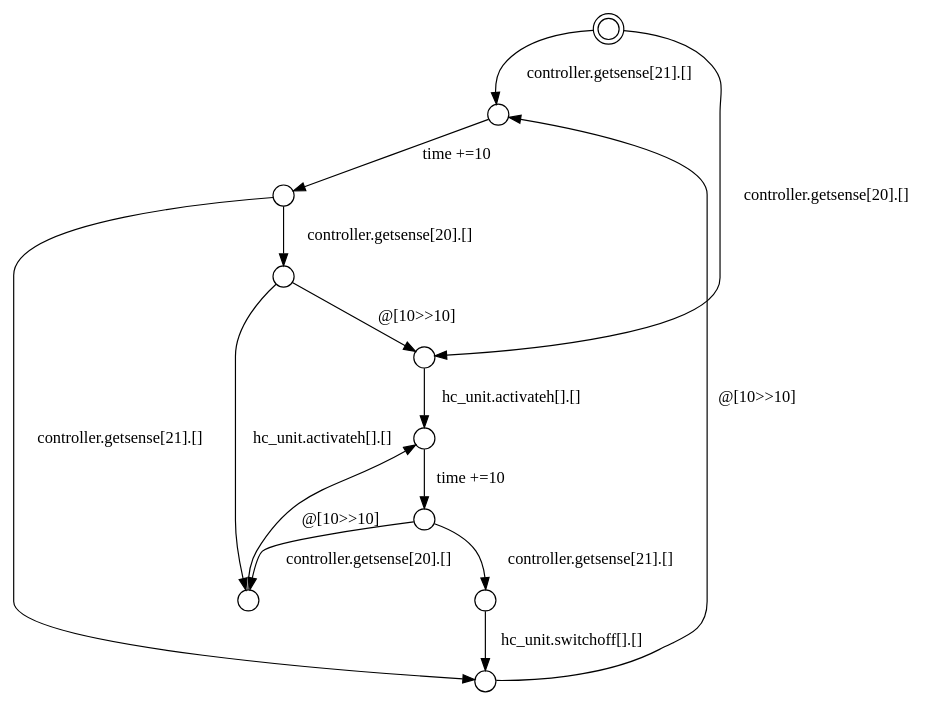
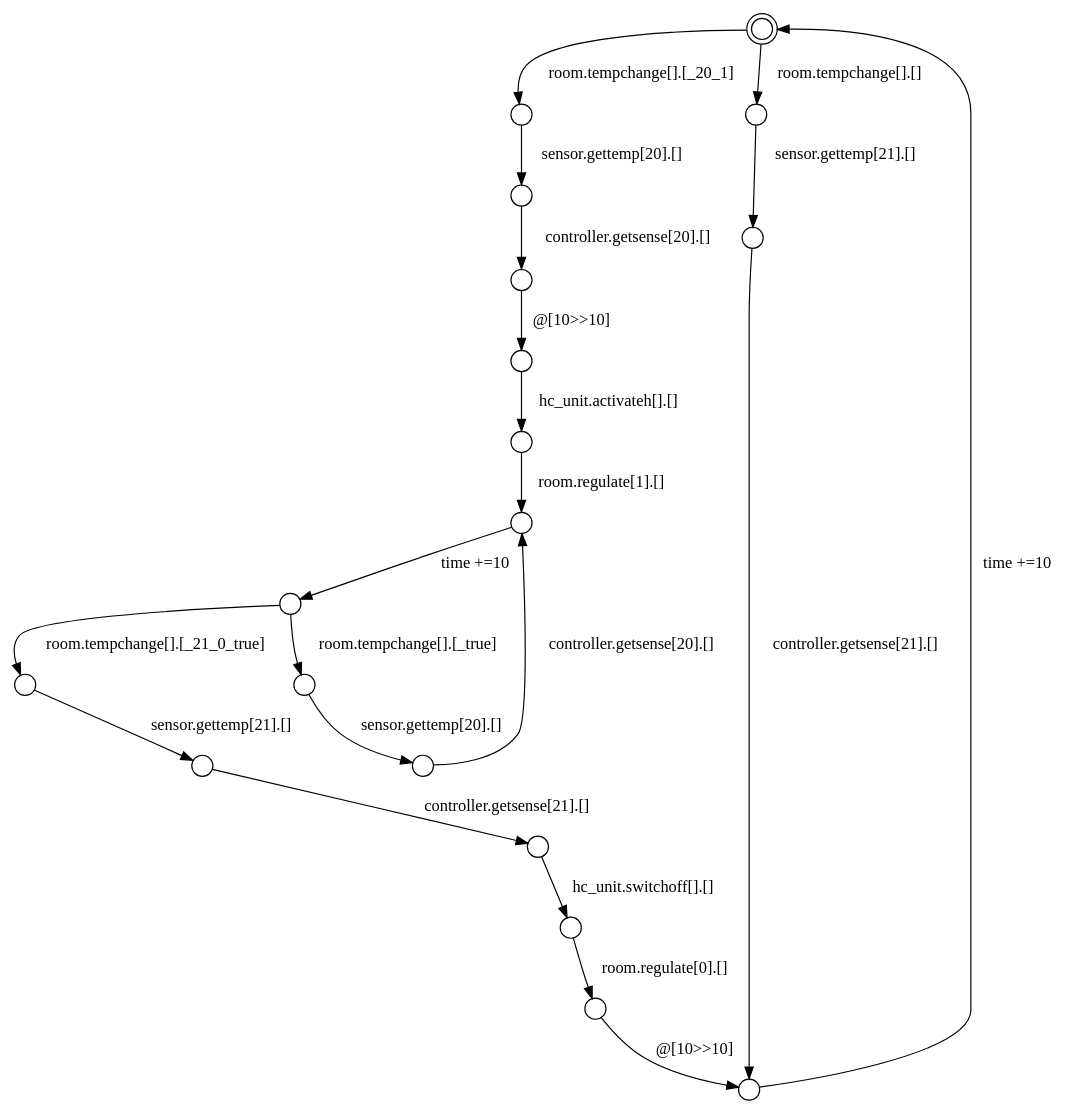
One commit to AliAtaollahi/Tinification changed the diagram in Automate/new.dot. Above: the diagram before and after it, drawn with Graphviz. The commit also changed 165 other files, not shown here.

```diff
--- a/Automate/new.dot
+++ b/Automate/new.dot
@@ -1,31 +1,45 @@
 digraph G {
 center = TRUE;
 mclimit = 10.0;
 nodesep = 0.05;
 node [ width=0.25, height=0.25, label="" ];
 S1 [ peripheries=2 ];
 S0
 S1
 S2
 S3
 S4
 S5
 S6
 S7
 S8
 S9
-S0 -> S5[label="time +=10"];
-S9 -> S7[label="hc_unit.switchoff[].[]"];
-S8 -> S6[label="@[10>>10]"];
-S7 -> S0[label="@[10>>10]"];
-S6 -> S4[label="time +=10"];
-S2 -> S6[label="hc_unit.activateh[].[]"];
-S3 -> S8[label="hc_unit.activateh[].[]"];
-S3 -> S2[label="@[10>>10]"];
-S5 -> S3[label="controller.getsense[20].[]"];
-S5 -> S7[label="controller.getsense[21].[]"];
-S1 -> S2[label="controller.getsense[20].[]"];
-S1 -> S0[label="controller.getsense[21].[]"];
-S4 -> S8[label="controller.getsense[20].[]"];
-S4 -> S9[label="controller.getsense[21].[]"];
+S10
+S11
+S12
+S13
+S14
+S15
+S16
+S17
+S17 -> S13[label="sensor.gettemp[20].[]"];
+S0 -> S14[label="sensor.gettemp[20].[]"];
+S16 -> S11[label="sensor.gettemp[21].[]"];
+S15 -> S12[label="sensor.gettemp[21].[]"];
+S14 -> S2[label="controller.getsense[20].[]"];
+S13 -> S7[label="controller.getsense[20].[]"];
+S12 -> S4[label="controller.getsense[21].[]"];
+S11 -> S8[label="controller.getsense[21].[]"];
+S10 -> S6[label="hc_unit.activateh[].[]"];
+S8 -> S1[label="time +=10"];
+S7 -> S5[label="time +=10"];
+S6 -> S7[label="room.regulate[1].[]"];
+S5 -> S15[label="room.tempchange[].[_21_0_true]"];
+S5 -> S17[label="room.tempchange[].[_true]"];
+S4 -> S3[label="hc_unit.switchoff[].[]"];
+S3 -> S9[label="room.regulate[0].[]"];
+S9 -> S8[label="@[10>>10]"];
+S2 -> S10[label="@[10>>10]"];
+S1 -> S0[label="room.tempchange[].[_20_1]"];
+S1 -> S16[label="room.tempchange[].[]"];
 }
```
